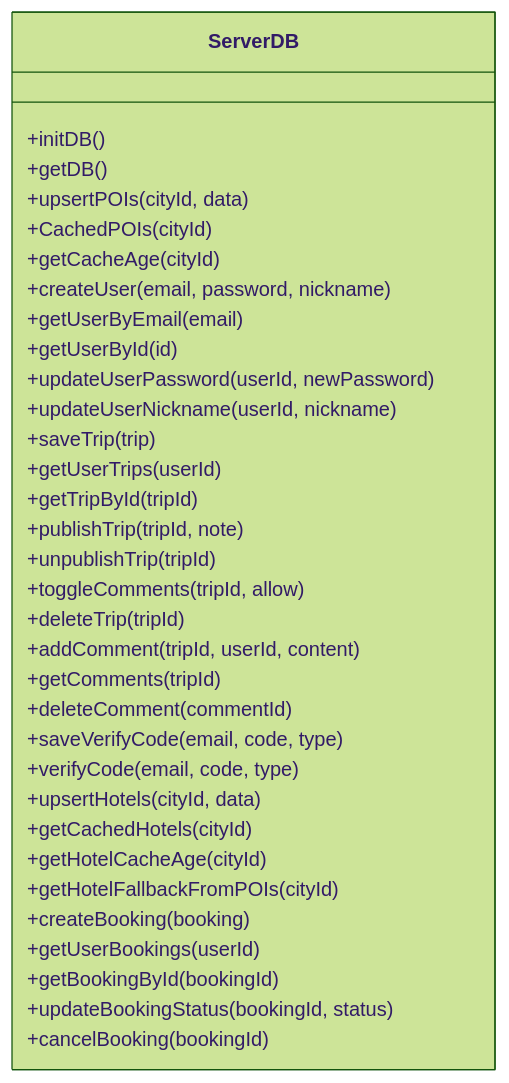
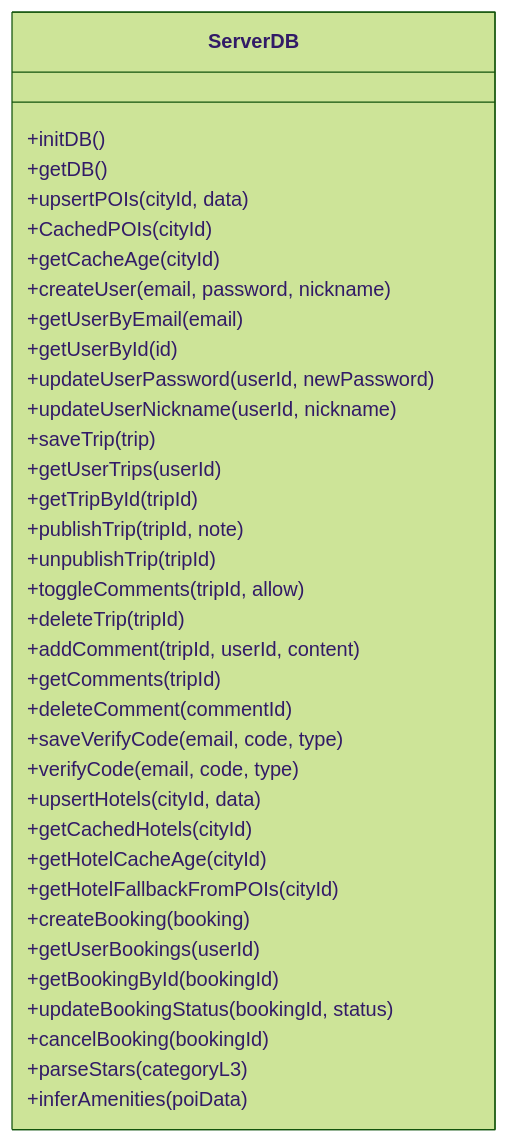
Before and after one commit to ititjjy/AITrip-plan: the third of 14 diagrams in .qoder/repowiki/zh/content/后端API架构/数据库层设计/数据库层设计.md, drawn with Mermaid (forest theme). The commit also changed other lines of this file and 28 other files, not shown here.

````diff
--- a/.qoder/repowiki/zh/content/后端API架构/数据库层设计/数据库层设计.md
+++ b/.qoder/repowiki/zh/content/后端API架构/数据库层设计/数据库层设计.md
@@ -171,36 +208,38 @@
 ```mermaid
 classDiagram
 class ServerDB {
 +initDB()
 +getDB()
 +upsertPOIs(cityId, data)
 +CachedPOIs(cityId)
 +getCacheAge(cityId)
 +createUser(email, password, nickname)
 +getUserByEmail(email)
 +getUserById(id)
 +updateUserPassword(userId, newPassword)
 +updateUserNickname(userId, nickname)
 +saveTrip(trip)
 +getUserTrips(userId)
 +getTripById(tripId)
 +publishTrip(tripId, note)
 +unpublishTrip(tripId)
 +toggleComments(tripId, allow)
 +deleteTrip(tripId)
 +addComment(tripId, userId, content)
 +getComments(tripId)
 +deleteComment(commentId)
 +saveVerifyCode(email, code, type)
 +verifyCode(email, code, type)
 +upsertHotels(cityId, data)
 +getCachedHotels(cityId)
 +getHotelCacheAge(cityId)
 +getHotelFallbackFromPOIs(cityId)
 +createBooking(booking)
 +getUserBookings(userId)
 +getBookingById(bookingId)
 +updateBookingStatus(bookingId, status)
 +cancelBooking(bookingId)
++parseStars(categoryL3)
++inferAmenities(poiData)
 }
 ```
````
